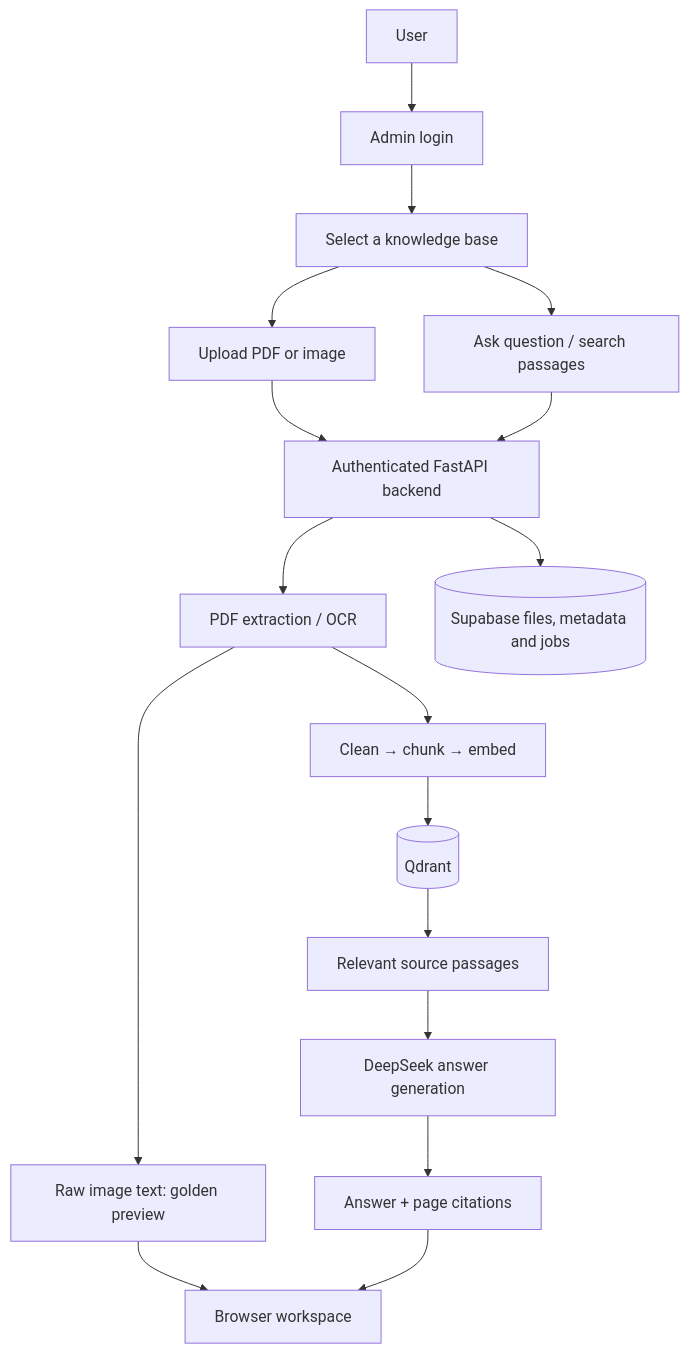
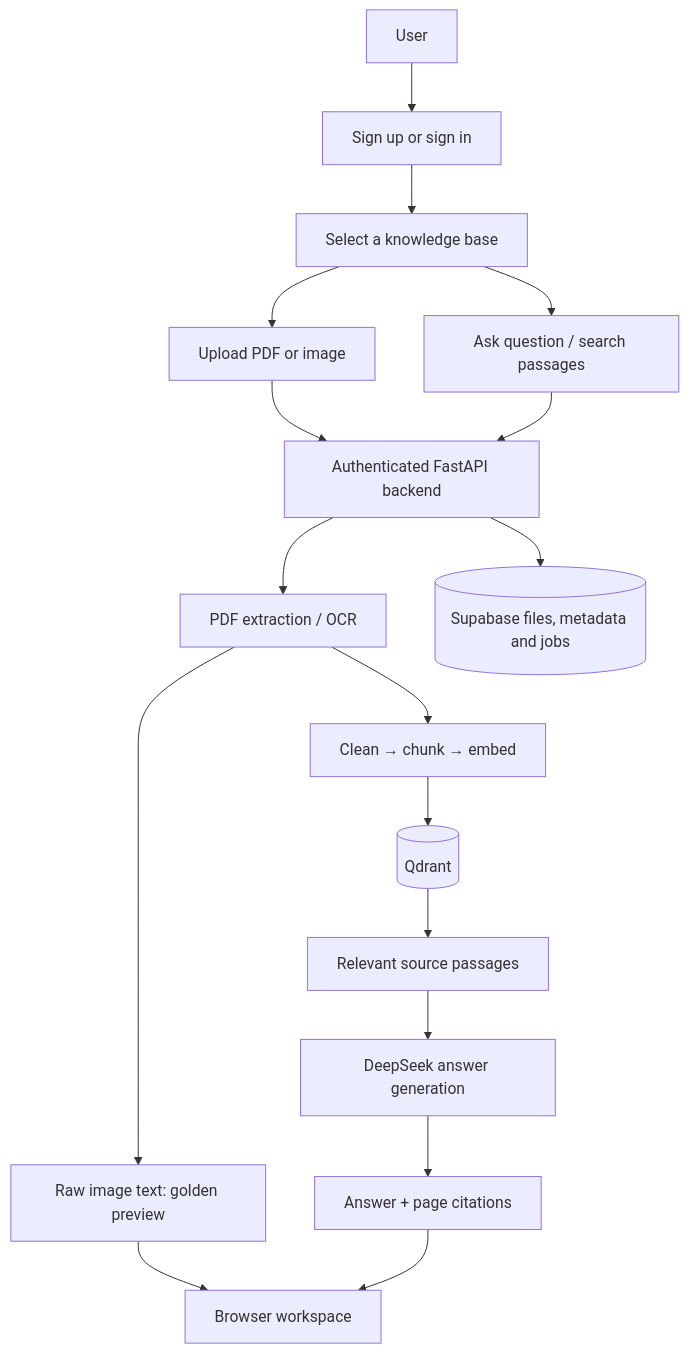
One commit to Tasneem-Ibrahim/Query-Assistant-Frontend changed the diagram in README.md. Above: the diagram before and after it, drawn with Mermaid. The commit also changed other lines of this file and 5 other files, not shown here.

Commit message:
Add user signup and admin sign-in with cookie session refresh

````diff
--- a/README.md
+++ b/README.md
@@ -30,19 +30,19 @@
 ```mermaid
 flowchart TB
-    User[User] --> Login[Admin login]
+    User[User] --> Login[Sign up or sign in]
     Login --> Select[Select a knowledge base]
     Select --> Upload[Upload PDF or image]
     Upload --> API[Authenticated FastAPI backend]
     API --> Extract[PDF extraction / OCR]
     Extract --> Preview[Raw image text: golden preview]
     Preview --> UI[Browser workspace]
     Extract --> Index[Clean → chunk → embed]
     Index --> Qdrant[(Qdrant)]
     API --> Supabase[(Supabase files, metadata and jobs)]
     Select --> Question[Ask question / search passages]
     Question --> API
     Qdrant --> Context[Relevant source passages]
     Context --> DeepSeek[DeepSeek answer generation]
     DeepSeek --> Sources[Answer + page citations]
     Sources --> UI
 ```
````
